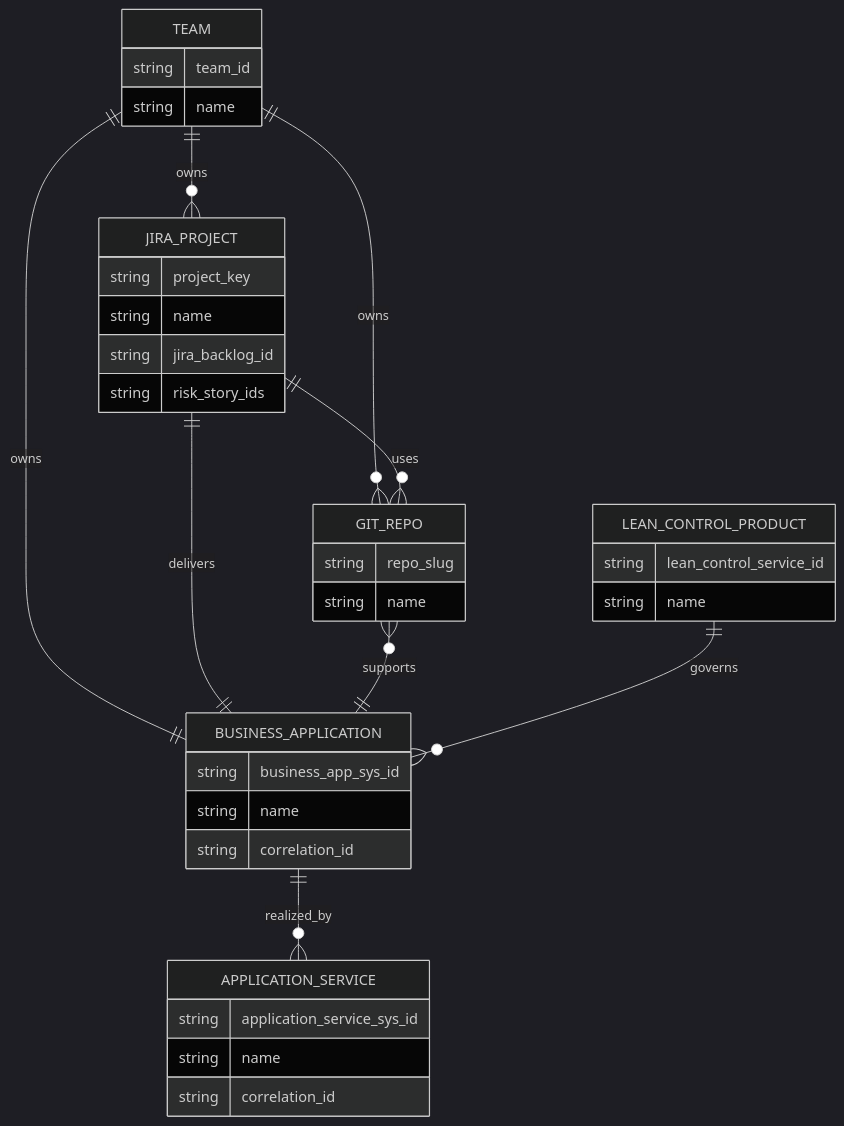
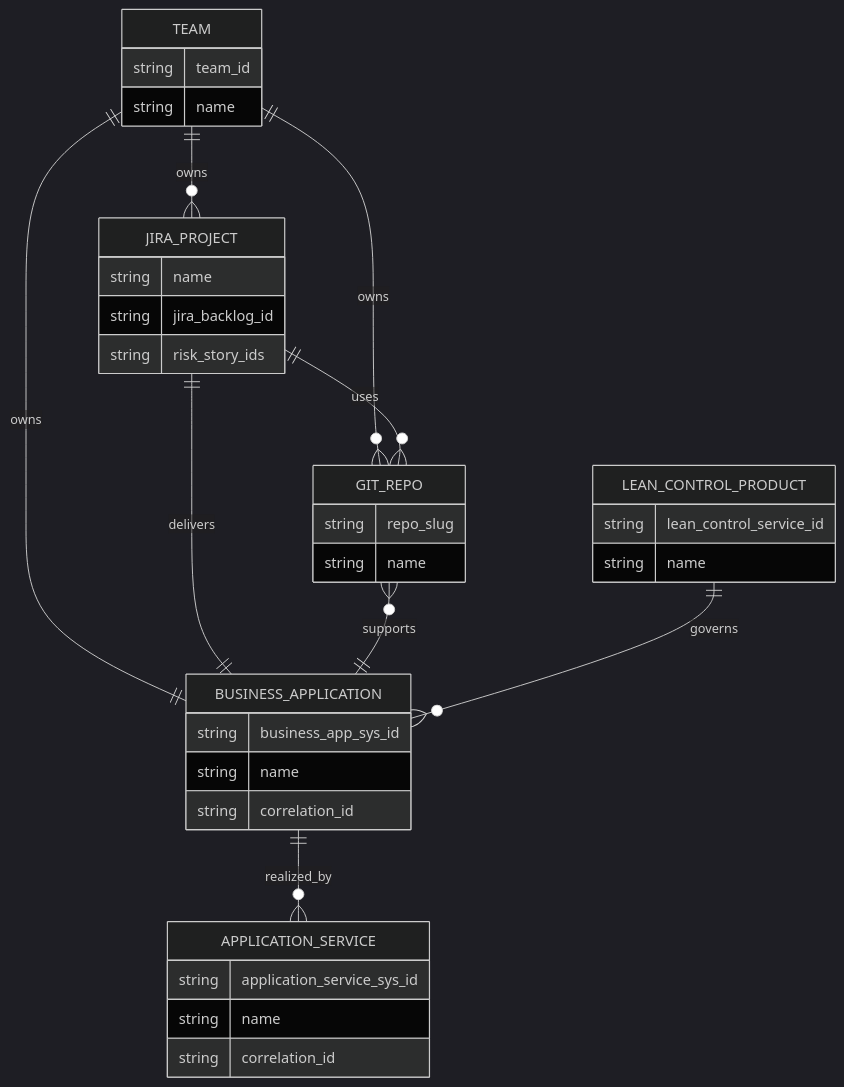
One commit to kingfadzi/lct_data changed the diagram in model.mmd. Above: the diagram before and after it, drawn with Mermaid (dark theme). The commit also changed 1 other file, not shown here.

```diff
--- a/model.mmd
+++ b/model.mmd
@@ -1,45 +1,44 @@
 erDiagram
     TEAM ||--o{ JIRA_PROJECT : owns
     TEAM ||--o{ GIT_REPO : owns
     TEAM ||--|| BUSINESS_APPLICATION : owns
 
     JIRA_PROJECT ||--o{ GIT_REPO : uses
     JIRA_PROJECT ||--|| BUSINESS_APPLICATION : delivers
 
     GIT_REPO }o--|| BUSINESS_APPLICATION : supports
     BUSINESS_APPLICATION ||--o{ APPLICATION_SERVICE : realized_by
     LEAN_CONTROL_PRODUCT ||--o{ BUSINESS_APPLICATION : governs
 
     TEAM {
         string team_id
         string name
     }
 
     JIRA_PROJECT {
-        string project_key
         string name
         string jira_backlog_id
         string risk_story_ids
     }
 
     GIT_REPO {
         string repo_slug
         string name
     }
 
     BUSINESS_APPLICATION {
         string business_app_sys_id
         string name
         string correlation_id
     }
 
     APPLICATION_SERVICE {
         string application_service_sys_id
         string name
         string correlation_id
     }
 
     LEAN_CONTROL_PRODUCT {
         string lean_control_service_id
         string name
     }
```
